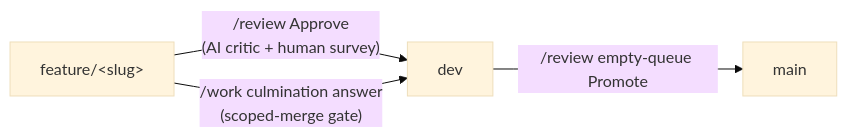
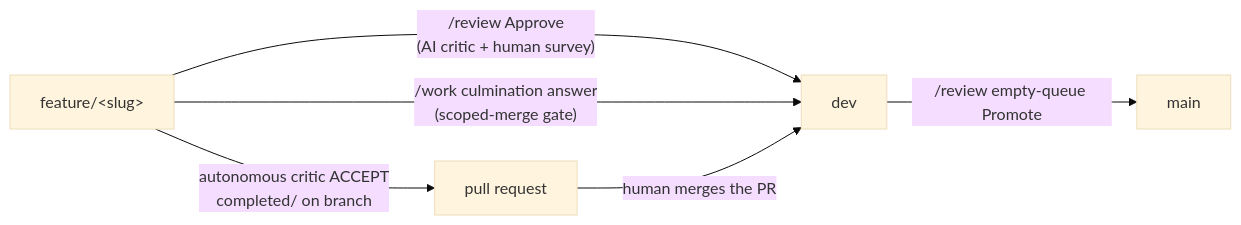
The diagram in docs/docs/tooling/how-work-reaches-dev.md (carefreeinv/anchor), drawn with Mermaid (base theme) before and after one commit. The commit also changed other lines of this file and 25 other files, not shown here.

First line of the commit message:
Two finish workflows: autonomous PR only after critic ACCEPT

````diff
--- a/docs/docs/tooling/how-work-reaches-dev.md
+++ b/docs/docs/tooling/how-work-reaches-dev.md
@@ -12,10 +13,13 @@
 ```mermaid
 flowchart LR
   feat["feature/&lt;slug&gt;"]
+  pr["pull request"]
   dev["dev"]
   main["main"]
 
   feat -->|"/review Approve<br/>(AI critic + human survey)"| dev
   feat -->|"/work culmination answer<br/>(scoped-merge gate)"| dev
+  feat -->|"autonomous critic ACCEPT<br/>completed/ on branch"| pr
+  pr -->|"human merges the PR"| dev
   dev -->|"/review empty-queue Promote"| main
 ```
````
